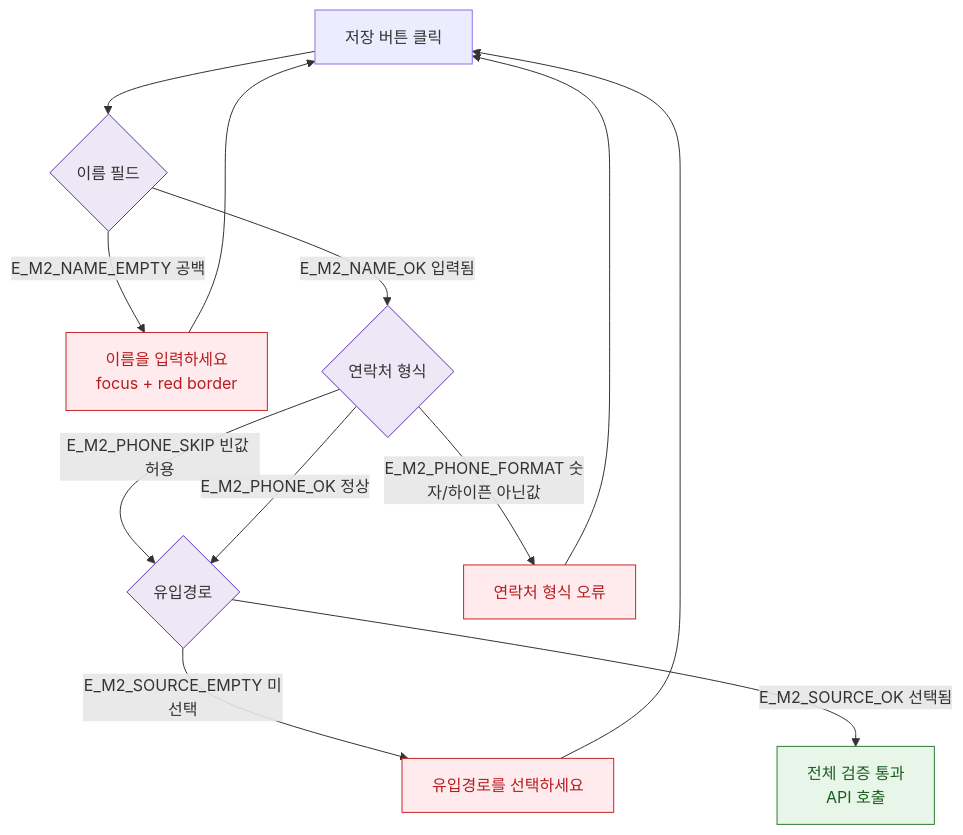
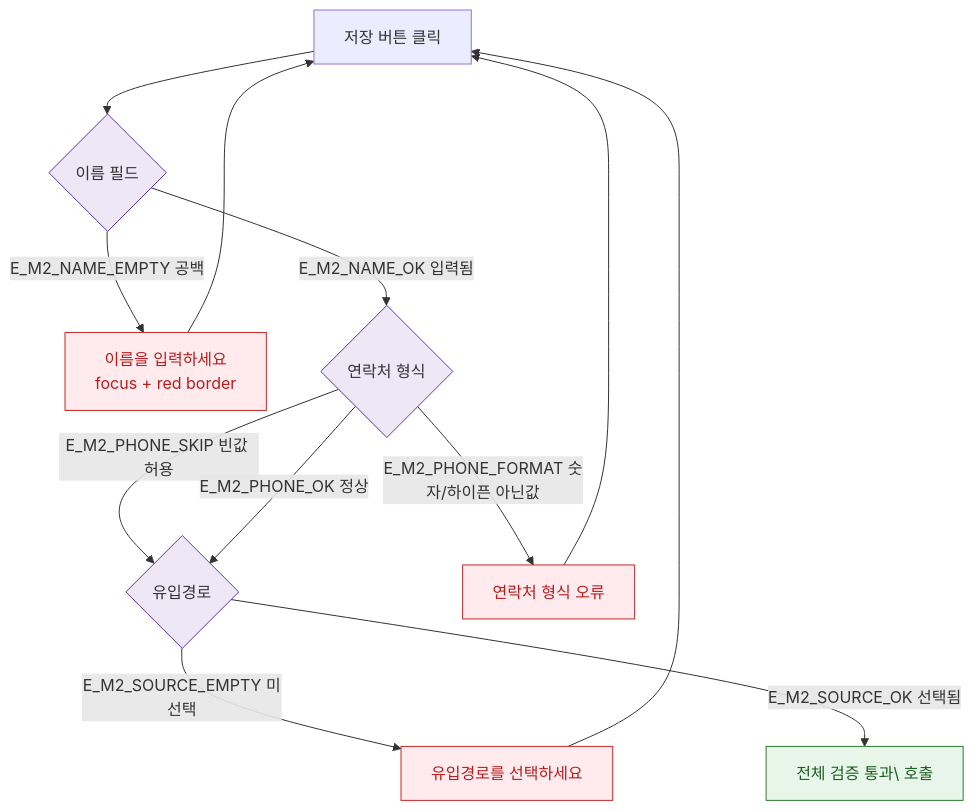
The diagram in docs/다이어그램/D08_마케팅/DLG/DLG-070-001_리드등록수정/M2_필드검증.md (dev-spogym/admin-pando), drawn with Mermaid before and after one commit. The commit also changed other lines of this file and 1660 other files, not shown here.

First line of the commit message:
다이어그램: 기획자/클라이언트 납품본으로 정리

````diff
--- a/docs/다이어그램/D08_마케팅/DLG/DLG-070-001_리드등록수정/M2_필드검증.md
+++ b/docs/다이어그램/D08_마케팅/DLG/DLG-070-001_리드등록수정/M2_필드검증.md
@@ -14,25 +12,25 @@
 ```mermaid
 flowchart TD
   SAVE[저장 버튼 클릭] --> F_NAME{이름 필드}
-  F_NAME -->|E_M2_NAME_EMPTY 공백| ERR_NAME[이름을 입력하세요\nfocus + red border]
-  F_NAME -->|E_M2_NAME_OK 입력됨| F_PHONE{연락처 형식}
+  F_NAME -->|E_M2_NAME_EMPTY 공백|ERR_NAME[이름을 입력하세요\nfocus + red border]
+  F_NAME -->|E_M2_NAME_OK 입력됨|F_PHONE{연락처 형식}
 
-  F_PHONE -->|E_M2_PHONE_SKIP 빈값 허용| F_SOURCE{유입경로}
-  F_PHONE -->|E_M2_PHONE_FORMAT 숫자/하이픈 아닌값| ERR_PHONE[연락처 형식 오류]
-  F_PHONE -->|E_M2_PHONE_OK 정상| F_SOURCE
+  F_PHONE -->|E_M2_PHONE_SKIP 빈값 허용|F_SOURCE{유입경로}
+  F_PHONE -->|E_M2_PHONE_FORMAT 숫자/하이픈 아닌값|ERR_PHONE[연락처 형식 오류]
+  F_PHONE -->|E_M2_PHONE_OK 정상|F_SOURCE
 
-  F_SOURCE -->|E_M2_SOURCE_EMPTY 미선택| ERR_SOURCE[유입경로를 선택하세요]
-  F_SOURCE -->|E_M2_SOURCE_OK 선택됨| ALL_OK[전체 검증 통과\nAPI 호출]
+  F_SOURCE -->|E_M2_SOURCE_EMPTY 미선택|ERR_SOURCE[유입경로를 선택하세요]
+  F_SOURCE -->|E_M2_SOURCE_OK 선택됨|ALL_OK[전체 검증 통과\ 호출]
 
   ERR_NAME --> SAVE
   ERR_PHONE --> SAVE
   ERR_SOURCE --> SAVE
 
-  classDef error       fill:#FFEBEE,stroke:#C62828,color:#B71C1C
-  classDef success     fill:#E8F5E9,stroke:#2E7D32,color:#1B5E20
-  classDef system      fill:#EDE7F6,stroke:#5E35B2
+  classDef error fill:#FFEBEE,stroke:#C62828,color:#B71C1C
+  classDef success fill:#E8F5E9,stroke:#2E7D32,color:#1B5E20
+  classDef system fill:#EDE7F6,stroke:#5E35B2
 
   class ERR_NAME,ERR_PHONE,ERR_SOURCE error
   class ALL_OK success
   class F_NAME,F_PHONE,F_SOURCE system
 ```
````
